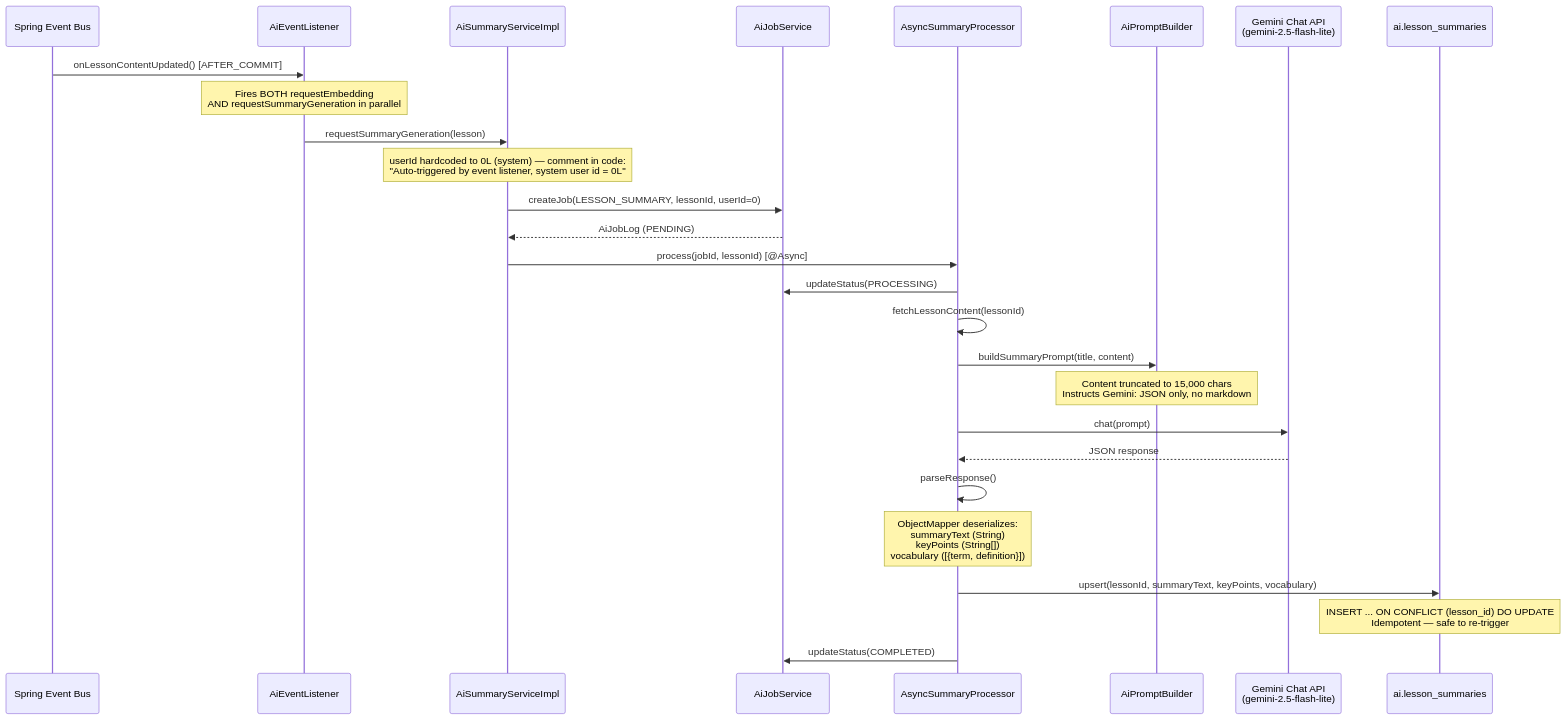
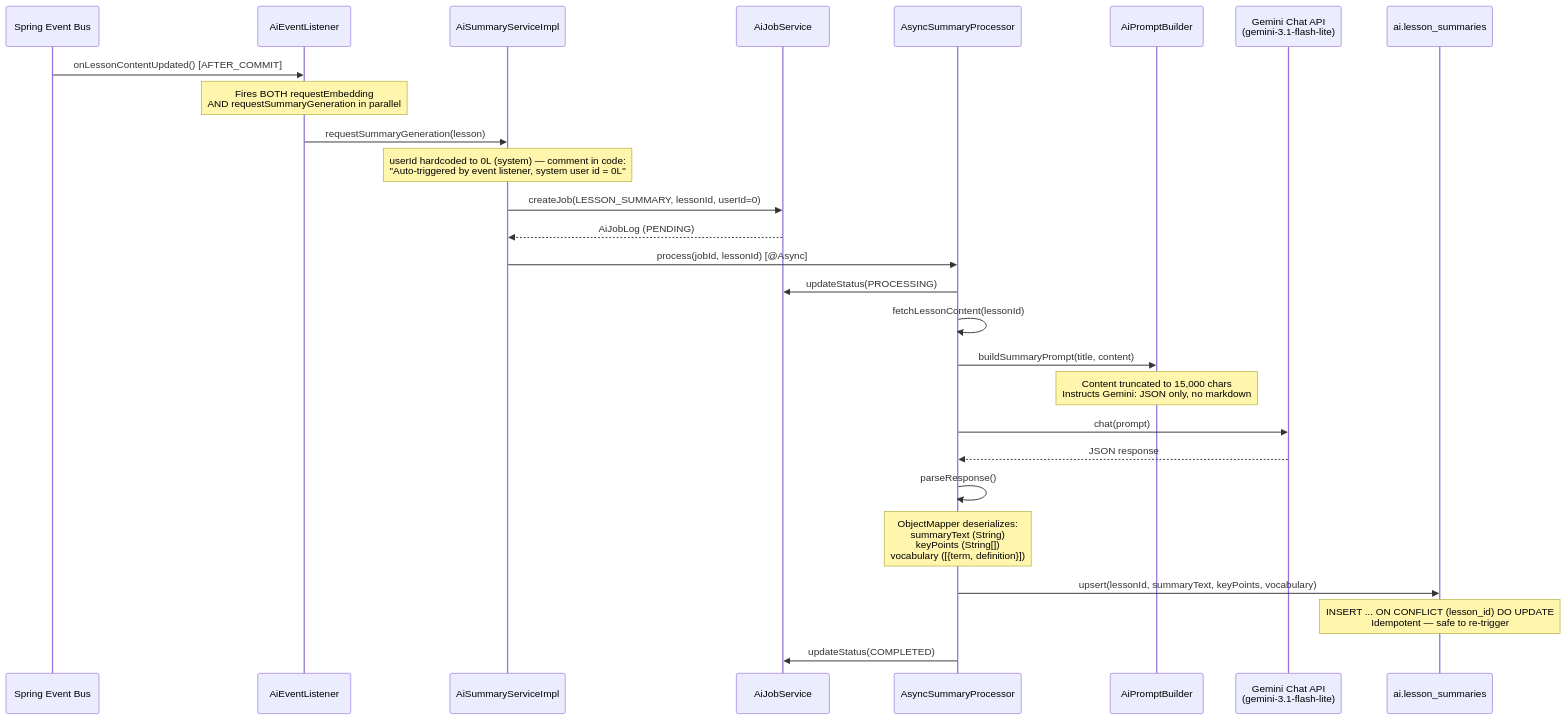
The seventh of 15 diagrams in docs/workflows/ai_workflows.md (HuuLocFIT/EduMind), drawn with Mermaid before and after one commit. The commit also changed other lines of this file and 5 other files, not shown here.

Commit message:
chore: upgrade default Gemini model to 3.1-flash-lite, add interview prep docs, and update gitignore and documentation

````diff
--- a/docs/workflows/ai_workflows.md
+++ b/docs/workflows/ai_workflows.md
@@ -518,36 +518,36 @@
 ```mermaid
 sequenceDiagram
     participant EventBus as Spring Event Bus
     participant AiEventListener
     participant SummaryService as AiSummaryServiceImpl
     participant JobService as AiJobService
     participant AsyncProc as AsyncSummaryProcessor
     participant PromptBuilder as AiPromptBuilder
-    participant Gemini as Gemini Chat API<br/>(gemini-2.5-flash-lite)
+    participant Gemini as Gemini Chat API<br/>(gemini-3.1-flash-lite)
     participant DB as ai.lesson_summaries
 
     EventBus->>AiEventListener: onLessonContentUpdated() [AFTER_COMMIT]
     Note over AiEventListener: Fires BOTH requestEmbedding<br/>AND requestSummaryGeneration in parallel
 
     AiEventListener->>SummaryService: requestSummaryGeneration(lesson)
     Note over SummaryService: userId hardcoded to 0L (system) — comment in code:<br/>"Auto-triggered by event listener, system user id = 0L"
     SummaryService->>JobService: createJob(LESSON_SUMMARY, lessonId, userId=0)
     JobService-->>SummaryService: AiJobLog (PENDING)
     SummaryService->>AsyncProc: process(jobId, lessonId) [@Async]
 
     AsyncProc->>JobService: updateStatus(PROCESSING)
     AsyncProc->>AsyncProc: fetchLessonContent(lessonId)
     AsyncProc->>PromptBuilder: buildSummaryPrompt(title, content)
     Note over PromptBuilder: Content truncated to 15,000 chars<br/>Instructs Gemini: JSON only, no markdown
 
     AsyncProc->>Gemini: chat(prompt)
     Gemini-->>AsyncProc: JSON response
 
     AsyncProc->>AsyncProc: parseResponse()
     Note over AsyncProc: ObjectMapper deserializes:<br/>summaryText (String)<br/>keyPoints (String[])<br/>vocabulary ([{term, definition}])
 
     AsyncProc->>DB: upsert(lessonId, summaryText, keyPoints, vocabulary)
     Note over DB: INSERT ... ON CONFLICT (lesson_id) DO UPDATE<br/>Idempotent — safe to re-trigger
 
     AsyncProc->>JobService: updateStatus(COMPLETED)
 ```
````
